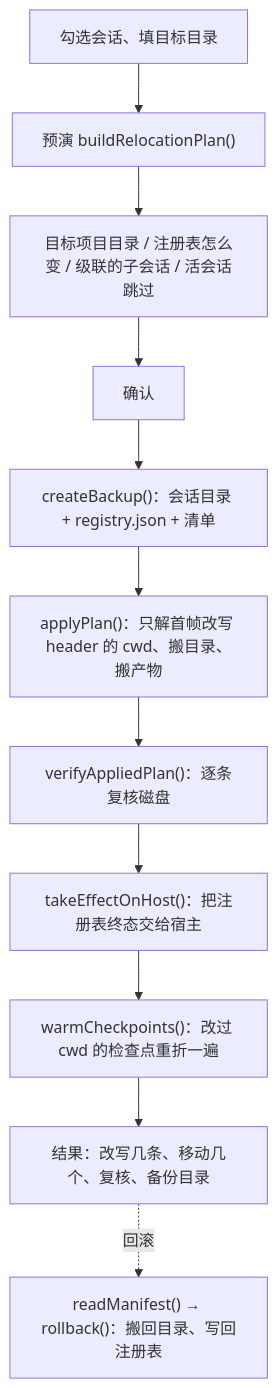
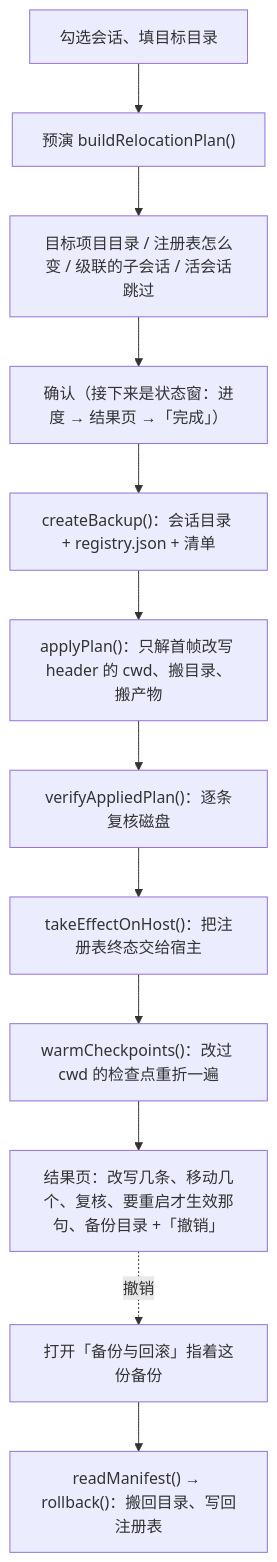
The fourth of 10 diagrams in docs/flows.md (he0119/dsh-session-manager), drawn with Mermaid before and after one commit. The commit also changed other lines of this file and 25 other files, not shown here.

````diff
--- a/docs/flows.md
+++ b/docs/flows.md
@@ -95,13 +112,14 @@
 ```mermaid
 flowchart TD
   A["勾选会话、填目标目录"] --> B["预演 buildRelocationPlan()"]
   B --> B1["目标项目目录 / 注册表怎么变 / 级联的子会话 / 活会话跳过"]
-  B1 --> C["确认"]
+  B1 --> C["确认（接下来是状态窗：进度 → 结果页 →「完成」）"]
   C --> D["createBackup()：会话目录 + registry.json + 清单"]
   D --> E["applyPlan()：只解首帧改写 header 的 cwd、搬目录、搬产物"]
   E --> F["verifyAppliedPlan()：逐条复核磁盘"]
   F --> G["takeEffectOnHost()：把注册表终态交给宿主"]
   G --> H["warmCheckpoints()：改过 cwd 的检查点重折一遍"]
-  H --> I["结果：改写几条、移动几个、复核、备份目录"]
-  I -.->|"回滚"| J["readManifest() → rollback()：搬回目录、写回注册表"]
+  H --> I["结果页：改写几条、移动几个、复核、要重启才生效那句、备份目录 +「撤销」"]
+  I -.->|"撤销"| J["打开「备份与回滚」指着这份备份"]
+  J --> K["readManifest() → rollback()：搬回目录、写回注册表"]
 ```
````
